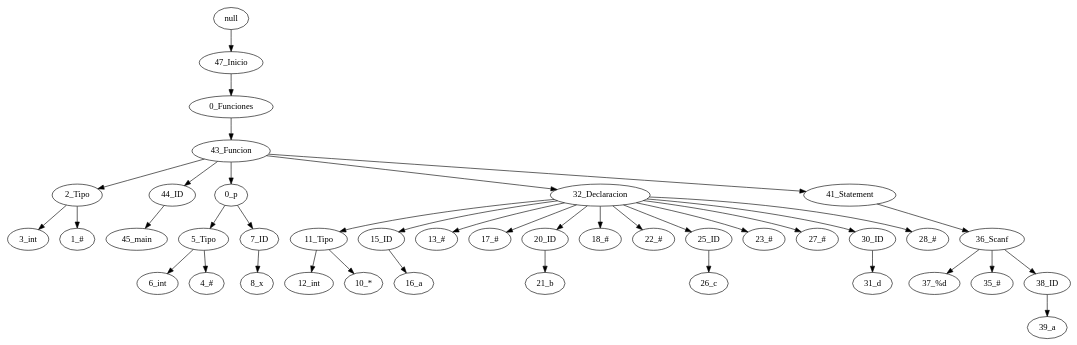
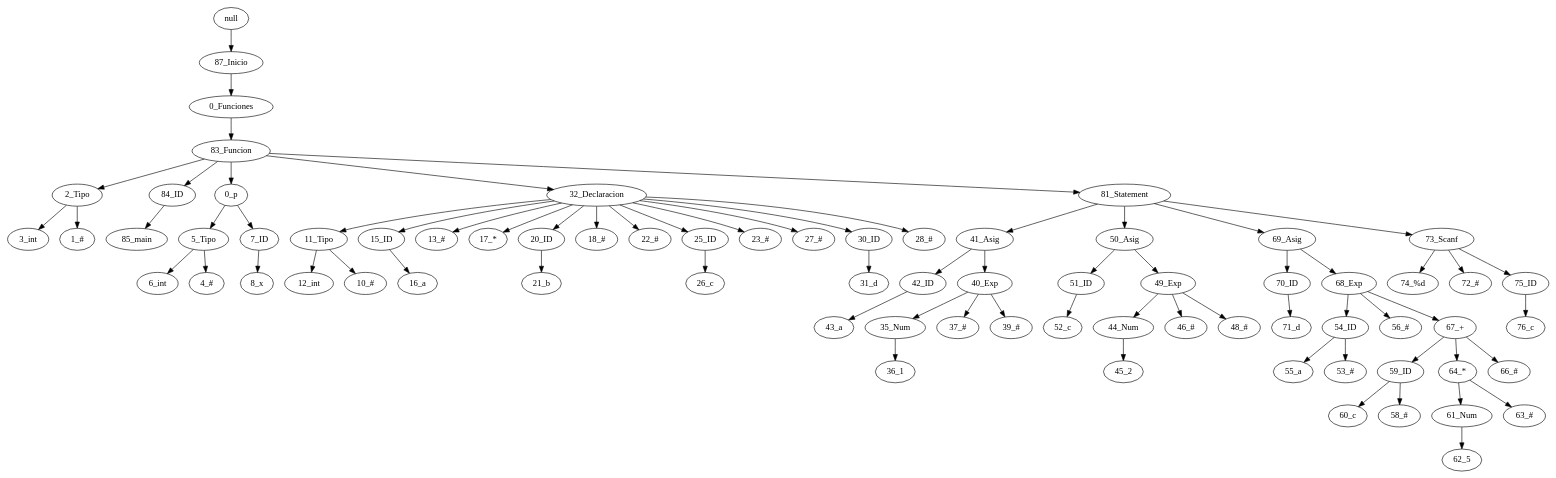
The diagram in Interfaz/src/Analizador/generado.dot (IlianaPinto/Mini-C), drawn with Graphviz before and after one commit. The commit also changed 1 other file, not shown here.

```diff
--- a/Interfaz/src/Analizador/generado.dot
+++ b/Interfaz/src/Analizador/generado.dot
@@ -1,41 +1,74 @@
 digraph {
-"null" -> "47_Inicio";
-"47_Inicio" -> "0_Funciones";
-"0_Funciones" -> "43_Funcion";
-"43_Funcion" -> "2_Tipo";
+"null" -> "87_Inicio";
+"87_Inicio" -> "0_Funciones";
+"0_Funciones" -> "83_Funcion";
+"83_Funcion" -> "2_Tipo";
 "2_Tipo" -> "3_int";
 "2_Tipo" -> "1_#";
-"43_Funcion" -> "44_ID";
-"44_ID" -> "45_main";
-"43_Funcion" -> "0_p";
+"83_Funcion" -> "84_ID";
+"84_ID" -> "85_main";
+"83_Funcion" -> "0_p";
 "0_p" -> "5_Tipo";
 "5_Tipo" -> "6_int";
 "5_Tipo" -> "4_#";
 "0_p" -> "7_ID";
 "7_ID" -> "8_x";
-"43_Funcion" -> "32_Declaracion";
+"83_Funcion" -> "32_Declaracion";
 "32_Declaracion" -> "11_Tipo";
 "11_Tipo" -> "12_int";
-"11_Tipo" -> "10_*";
+"11_Tipo" -> "10_#";
 "32_Declaracion" -> "15_ID";
 "15_ID" -> "16_a";
 "32_Declaracion" -> "13_#";
-"32_Declaracion" -> "17_#";
+"32_Declaracion" -> "17_*";
 "32_Declaracion" -> "20_ID";
 "20_ID" -> "21_b";
 "32_Declaracion" -> "18_#";
 "32_Declaracion" -> "22_#";
 "32_Declaracion" -> "25_ID";
 "25_ID" -> "26_c";
 "32_Declaracion" -> "23_#";
 "32_Declaracion" -> "27_#";
 "32_Declaracion" -> "30_ID";
 "30_ID" -> "31_d";
 "32_Declaracion" -> "28_#";
-"43_Funcion" -> "41_Statement";
-"41_Statement" -> "36_Scanf";
-"36_Scanf" -> "37_%d";
-"36_Scanf" -> "35_#";
-"36_Scanf" -> "38_ID";
-"38_ID" -> "39_a";
+"83_Funcion" -> "81_Statement";
+"81_Statement" -> "41_Asig";
+"41_Asig" -> "42_ID";
+"42_ID" -> "43_a";
+"41_Asig" -> "40_Exp";
+"40_Exp" -> "35_Num";
+"35_Num" -> "36_1";
+"40_Exp" -> "37_#";
+"40_Exp" -> "39_#";
+"81_Statement" -> "50_Asig";
+"50_Asig" -> "51_ID";
+"51_ID" -> "52_c";
+"50_Asig" -> "49_Exp";
+"49_Exp" -> "44_Num";
+"44_Num" -> "45_2";
+"49_Exp" -> "46_#";
+"49_Exp" -> "48_#";
+"81_Statement" -> "69_Asig";
+"69_Asig" -> "70_ID";
+"70_ID" -> "71_d";
+"69_Asig" -> "68_Exp";
+"68_Exp" -> "54_ID";
+"54_ID" -> "55_a";
+"54_ID" -> "53_#";
+"68_Exp" -> "56_#";
+"68_Exp" -> "67_+";
+"67_+" -> "59_ID";
+"59_ID" -> "60_c";
+"59_ID" -> "58_#";
+"67_+" -> "64_*";
+"64_*" -> "61_Num";
+"61_Num" -> "62_5";
+"64_*" -> "63_#";
+"67_+" -> "66_#";
+"81_Statement" -> "73_Scanf";
+"73_Scanf" -> "74_%d";
+"73_Scanf" -> "72_#";
+"73_Scanf" -> "75_ID";
+"75_ID" -> "76_c";
 }
```
